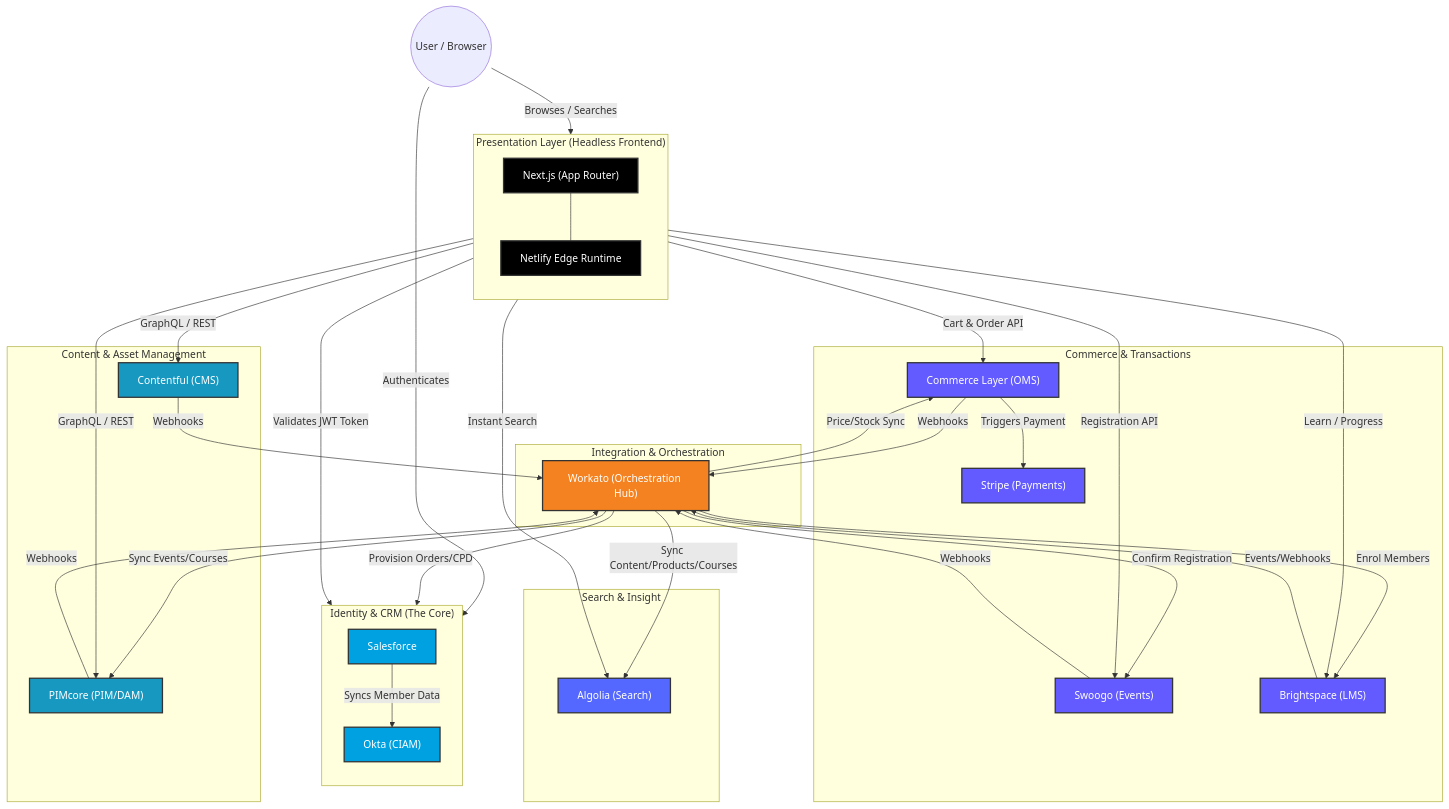
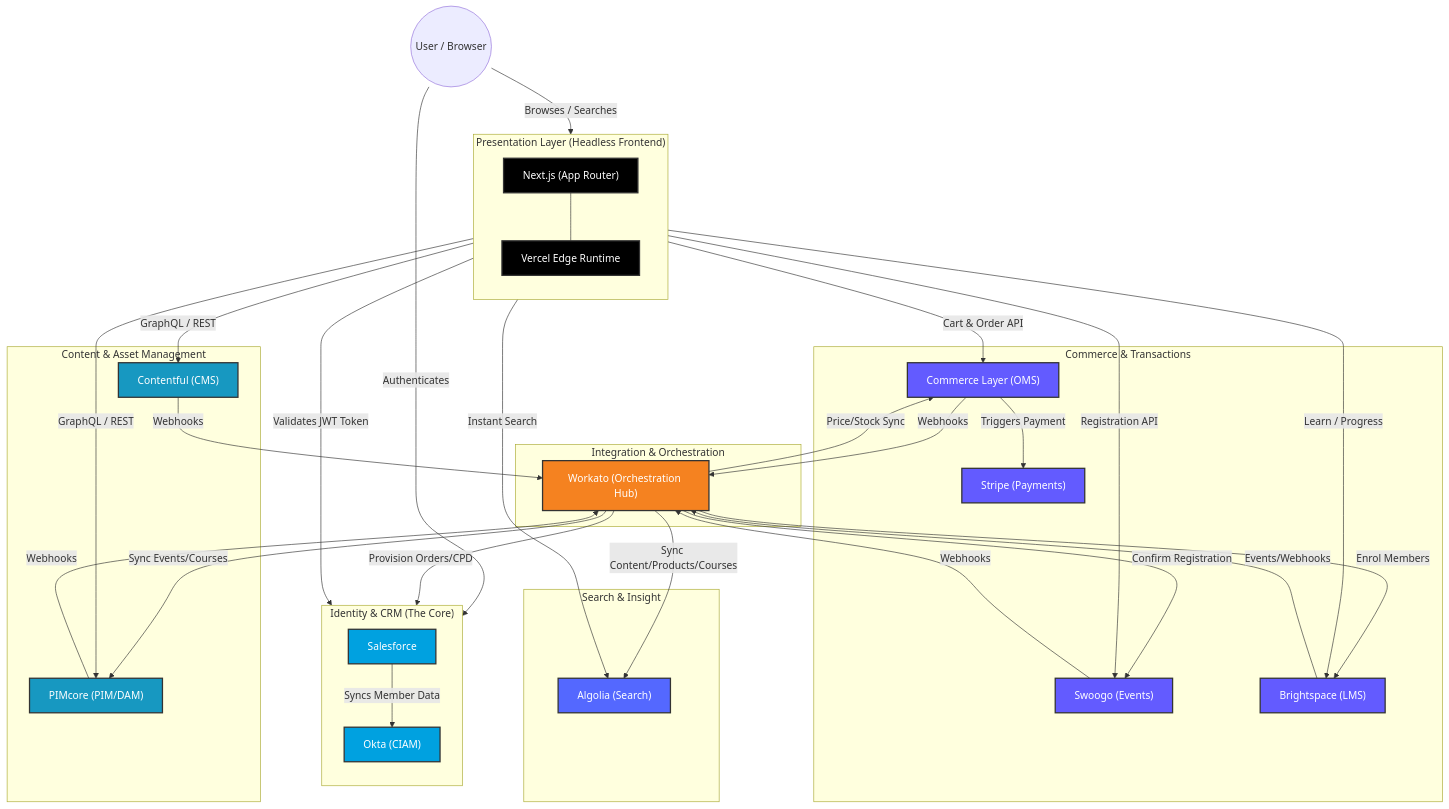
The first of 7 diagrams in BSAVA_MACH_ARCHITECTURE_DIAGRAM.md (timbowdeniona/bsava-com), drawn with Mermaid before and after one commit. The commit also changed other lines of this file and 38 other files, not shown here.

````diff
--- a/BSAVA_MACH_ARCHITECTURE_DIAGRAM.md
+++ b/BSAVA_MACH_ARCHITECTURE_DIAGRAM.md
@@ -10,81 +10,81 @@
 ```mermaid
 flowchart TB
     %% Nodes
     User((User / Browser))
     
     subgraph Presentation ["Presentation Layer (Headless Frontend)"]
         direction TB
         NextJS["Next.js (App Router)"]
-        Edge["Netlify Edge Runtime"]
+        Edge["Vercel Edge Runtime"]
         NextJS --- Edge
     end
 
     subgraph Identity ["Identity & CRM (The Core)"]
         direction TB
         Salesforce["Salesforce"]
         CIAM["Okta (CIAM)"]
         Salesforce -->|Syncs Member Data| CIAM
     end
 
     subgraph Content ["Content & Asset Management"]
         Contentful["Contentful (CMS)"]
         PIMcore["PIMcore (PIM/DAM)"]
     end
 
     subgraph Commerce ["Commerce & Transactions"]
         CommerceLayer["Commerce Layer (OMS)"]
         Stripe["Stripe (Payments)"]
         Swoogo["Swoogo (Events)"]
         Brightspace["Brightspace (LMS)"]
     end
 
     subgraph Discovery ["Search & Insight"]
         Algolia["Algolia (Search)"]
     end
 
     subgraph Integration ["Integration & Orchestration"]
         Workato["Workato (Orchestration Hub)"]
     end
 
     %% Interactions
     User -- "Browses / Searches" --> NextJS
     User -- "Authenticates" --> CIAM
     
     NextJS -- "Cart & Order API" --> CommerceLayer
     NextJS -- "GraphQL / REST" --> Contentful
     NextJS -- "GraphQL / REST" --> PIMcore
     NextJS -- "Validates JWT Token" --> CIAM
     NextJS -- "Instant Search" --> Algolia
     NextJS -- "Registration API" --> Swoogo
     CommerceLayer -- "Triggers Payment" --> Stripe
     NextJS -- "Learn / Progress" --> Brightspace
 
     %% Sync Flows (via Workato)
     Contentful -- "Webhooks" --> Workato
     PIMcore -- "Webhooks" --> Workato
     Swoogo -- "Webhooks" --> Workato
     CommerceLayer -- "Webhooks" --> Workato
     Brightspace -- "Events/Webhooks" --> Workato
 
     Workato -- "Sync Content/Products/Courses" --> Algolia
     Workato -- "Sync Events/Courses" --> PIMcore
     Workato -- "Provision Orders/CPD" --> Salesforce
     Workato -- "Confirm Registration" --> Swoogo
     Workato -- "Enrol Members" --> Brightspace
     Workato -- "Price/Stock Sync" --> CommerceLayer
 
     %% Styling
     classDef presentation fill:#000,stroke:#333,stroke-width:2px,color:#fff
     classDef identity fill:#00A1E0,stroke:#333,stroke-width:2px,color:#fff
     classDef content fill:#1798c1,stroke:#333,stroke-width:2px,color:#fff
     classDef commerce fill:#635BFF,stroke:#333,stroke-width:2px,color:#fff
     classDef search fill:#5468FF,stroke:#333,stroke-width:2px,color:#fff
     classDef integration fill:#F58220,stroke:#333,stroke-width:2px,color:#fff
     
     class NextJS,Edge presentation
     class Salesforce,CIAM identity
     class Contentful,PIMcore content
     class CommerceLayer,Stripe,Swoogo,Brightspace commerce
     class Algolia search
     class Workato integration
 ```
````
